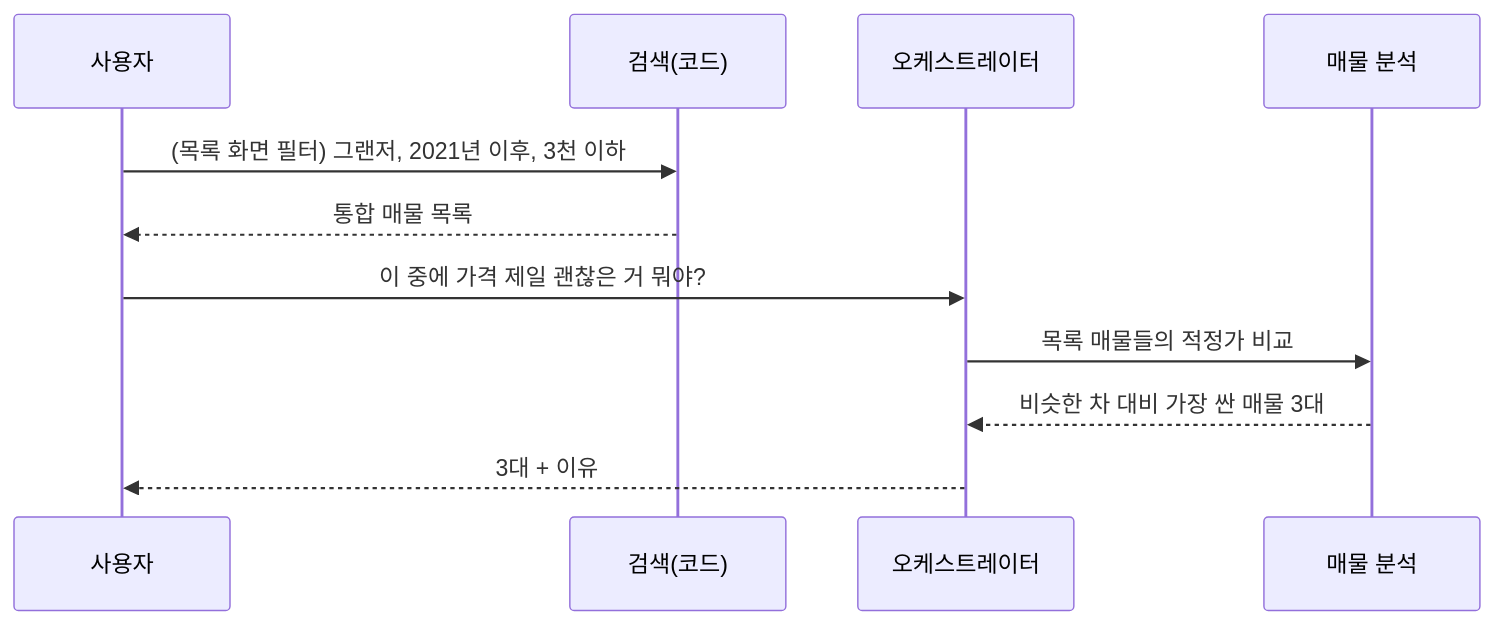
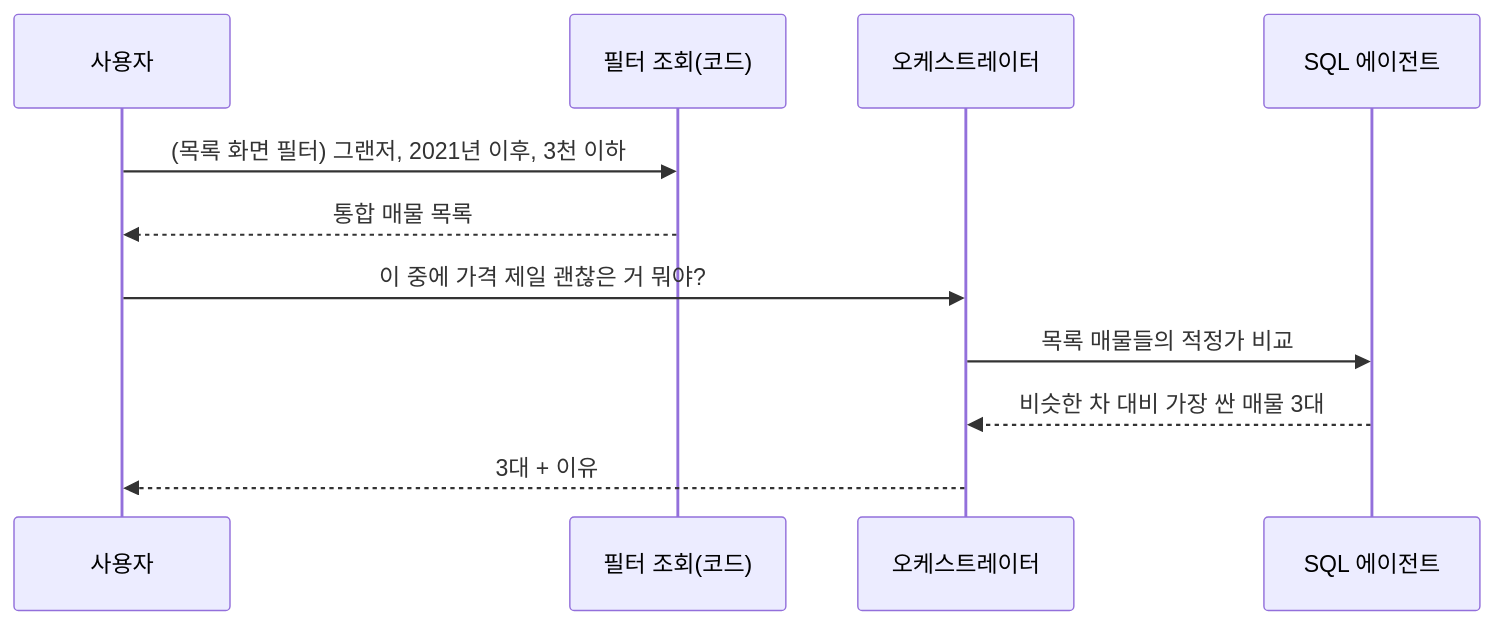
One commit to Jacod97/car-recommend-agent changed the sixth of 6 diagrams in docs/agent-design.md. Above: the diagram before and after it, drawn with Mermaid. The commit also changed other lines of this file and 2 other files, not shown here.

````diff
--- a/docs/agent-design.md
+++ b/docs/agent-design.md
@@ -139,13 +145,13 @@
 ```mermaid
 sequenceDiagram
     participant U as 사용자
-    participant S as 검색(코드)
+    participant S as 필터 조회(코드)
     participant O as 오케스트레이터
-    participant I as 매물 분석
+    participant I as SQL 에이전트
     U->>S: (목록 화면 필터) 그랜저, 2021년 이후, 3천 이하
     S-->>U: 통합 매물 목록
     U->>O: 이 중에 가격 제일 괜찮은 거 뭐야?
     O->>I: 목록 매물들의 적정가 비교
     I-->>O: 비슷한 차 대비 가장 싼 매물 3대
     O-->>U: 3대 + 이유
 ```
````
